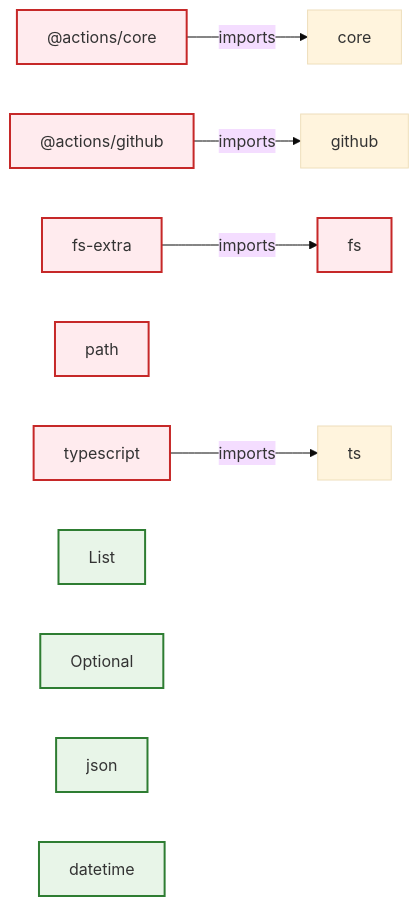
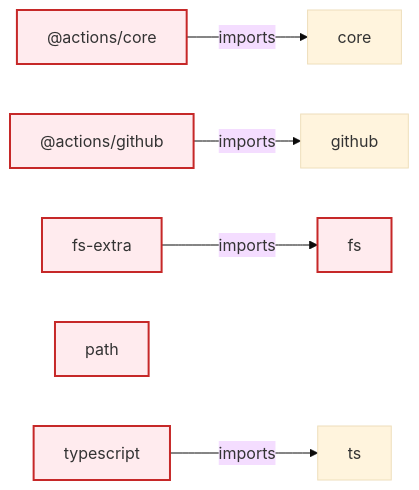
One commit to samjhill/diagrammer changed the diagram in docs/architecture/dependencies.md. Above: the diagram before and after it, drawn with Mermaid (base theme). The commit also changed 4 other files, not shown here.

Commit message:
docs: Update architecture diagrams [skip ci]

````diff
--- a/docs/architecture/dependencies.md
+++ b/docs/architecture/dependencies.md
@@ -5,33 +5,25 @@
 ```mermaid
 graph LR
   classDef internal fill:#e8f5e8,stroke:#2e7d32,stroke-width:2px
   classDef external fill:#ffebee,stroke:#c62828,stroke-width:2px
   classDef npm fill:#fff3e0,stroke:#f57c00,stroke-width:2px
   classDef local fill:#e3f2fd,stroke:#1976d2,stroke-width:2px
 
   _actions_core["@actions/core"]
   _actions_core:::external
   _actions_github["@actions/github"]
   _actions_github:::external
   fs_extra["fs-extra"]
   fs_extra:::external
   path["path"]
   path:::external
   fs["fs"]
   fs:::external
   typescript["typescript"]
   typescript:::external
-  List["List"]
-  List:::internal
-  Optional["Optional"]
-  Optional:::internal
-  json["json"]
-  json:::internal
-  datetime["datetime"]
-  datetime:::internal
   _actions_core -->|imports| core
   _actions_github -->|imports| github
   fs_extra -->|imports| fs
   typescript -->|imports| ts
 
 ```
````
